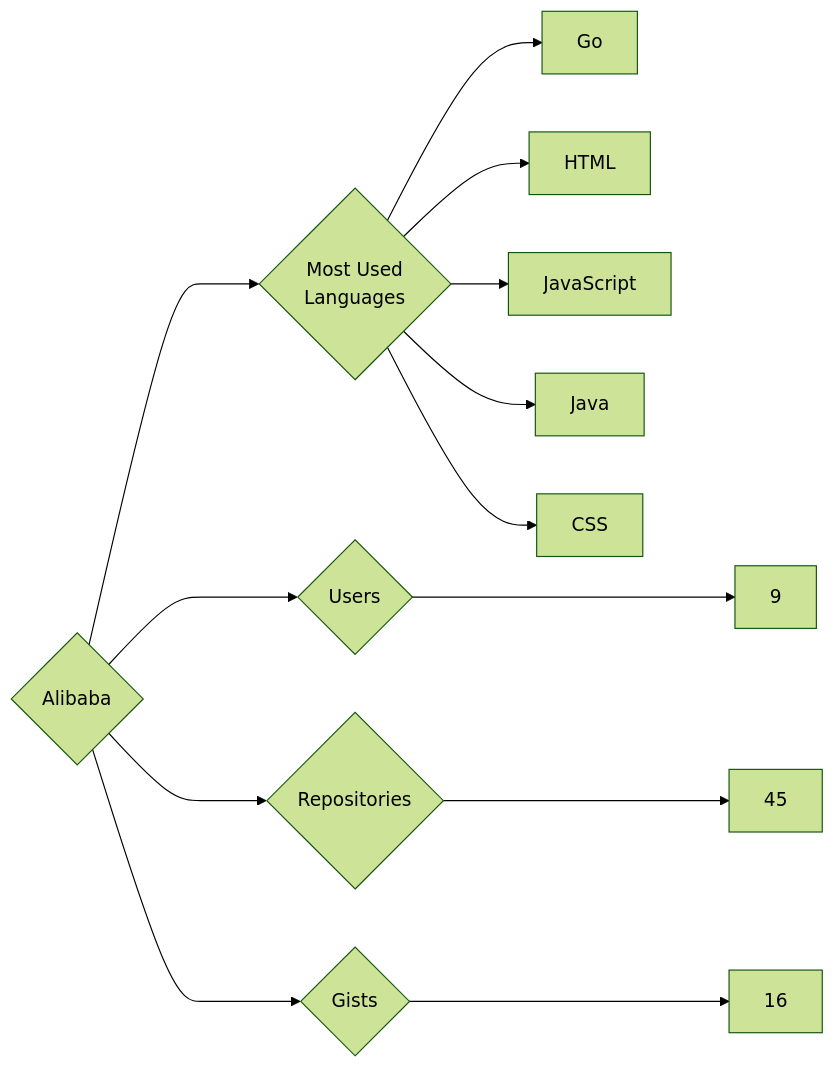
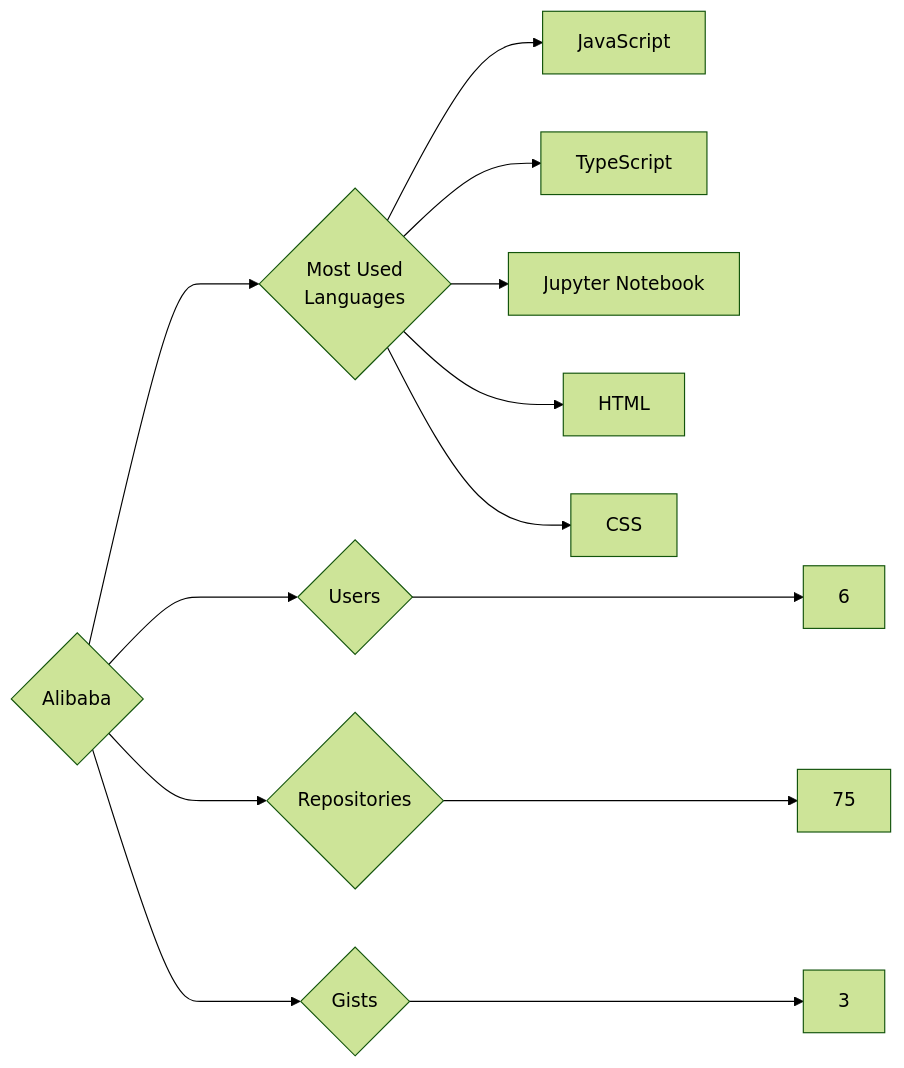
Before and after one commit to trickest/insiders: the diagram in targets/Alibaba/README.md, drawn with Mermaid (forest theme). The commit also changed 1141 other files, not shown here.

````diff
--- a/targets/Alibaba/README.md
+++ b/targets/Alibaba/README.md
@@ -3,13 +3,13 @@
 ```mermaid
 graph LR
 COMPANY_NAME{Alibaba}
-COMPANY_NAME ---> U{Users} ---> UN[9]
-COMPANY_NAME ---> R{Repositories} ---> RN[45]
-COMPANY_NAME ---> G{Gists} ---> GN[16]
+COMPANY_NAME ---> U{Users} ---> UN[6]
+COMPANY_NAME ---> R{Repositories} ---> RN[75]
+COMPANY_NAME ---> G{Gists} ---> GN[3]
 COMPANY_NAME ---> ML{Most Used<br>Languages}
-ML --> Go[Go]
+ML --> JavaScript[JavaScript]
+ML --> TypeScript[TypeScript]
+ML --> Jupyter_Notebook[Jupyter Notebook]
 ML --> HTML[HTML]
-ML --> JavaScript[JavaScript]
-ML --> Java[Java]
 ML --> CSS[CSS]
 ```
````
